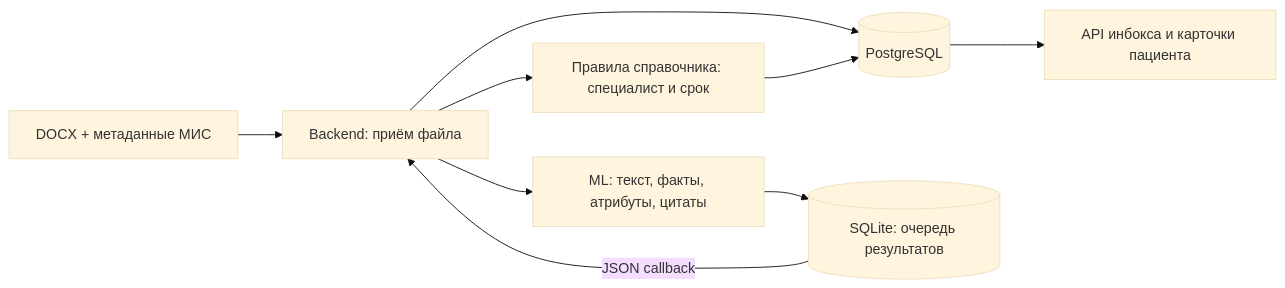
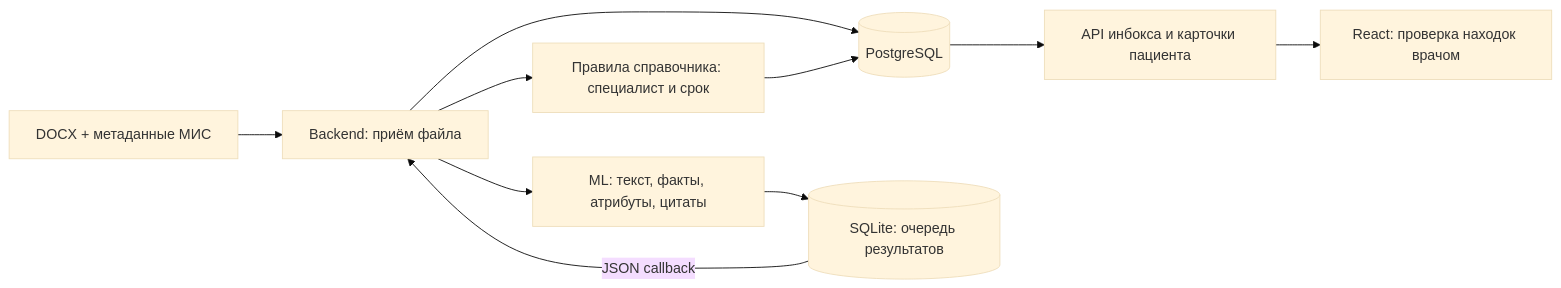
Before and after one commit to nisheta19/meditron-smclinic: the diagram in README.md, drawn with Mermaid (base theme). The commit also changed other lines of this file and 64 other files, not shown here.

````diff
--- a/README.md
+++ b/README.md
@@ -7,11 +7,12 @@
 ```mermaid
 flowchart LR
   A[DOCX + метаданные МИС] --> B[Backend: приём файла]
   B --> C[ML: текст, факты, атрибуты, цитаты]
   B --> D[(PostgreSQL)]
   C --> E[(SQLite: очередь результатов)]
   E -->|JSON callback| B
   B --> F[Правила справочника: специалист и срок]
   F --> D
   D --> G[API инбокса и карточки пациента]
+  G --> H[React: проверка находок врачом]
 ```
````
